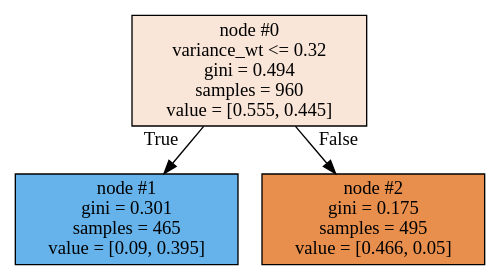
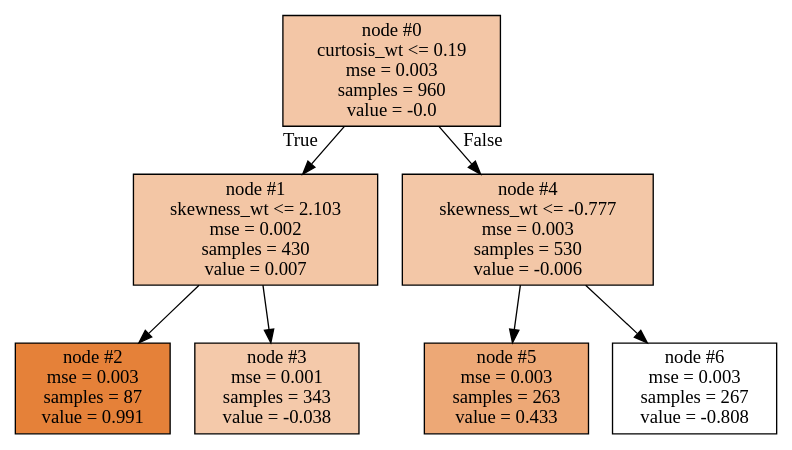
Before and after one commit to xs-abzal/Blogs_stat_examples: the diagram in mytree.dot, drawn with Graphviz. The commit also changed 2 other files, not shown here.

```diff
--- a/mytree.dot
+++ b/mytree.dot
@@ -1,11 +1,20 @@
 digraph Tree {
 node [shape=box, style="filled", color="black"] ;
 graph [ranksep=equally, splines=polyline] ;
-0 [label="node #0\nvariance_wt <= 0.32\ngini = 0.494\nsamples = 960\nvalue = [0.555, 0.445]", fillcolor="#fae6d8"] ;
-1 [label="node #1\ngini = 0.301\nsamples = 465\nvalue = [0.09, 0.395]", fillcolor="#66b3eb"] ;
+0 [label="node #0\ncurtosis_wt <= 0.19\nmse = 0.003\nsamples = 960\nvalue = -0.0", fillcolor="#f3c6a6"] ;
+1 [label="node #1\nskewness_wt <= 2.103\nmse = 0.002\nsamples = 430\nvalue = 0.007", fillcolor="#f3c6a5"] ;
 0 -> 1 [labeldistance=2.5, labelangle=45, headlabel="True"] ;
-2 [label="node #2\ngini = 0.175\nsamples = 495\nvalue = [0.466, 0.05]", fillcolor="#e88f4e"] ;
-0 -> 2 [labeldistance=2.5, labelangle=-45, headlabel="False"] ;
+2 [label="node #2\nmse = 0.003\nsamples = 87\nvalue = 0.991", fillcolor="#e58139"] ;
+1 -> 2 ;
+3 [label="node #3\nmse = 0.001\nsamples = 343\nvalue = -0.038", fillcolor="#f4c9aa"] ;
+1 -> 3 ;
+4 [label="node #4\nskewness_wt <= -0.777\nmse = 0.003\nsamples = 530\nvalue = -0.006", fillcolor="#f3c7a7"] ;
+0 -> 4 [labeldistance=2.5, labelangle=-45, headlabel="False"] ;
+5 [label="node #5\nmse = 0.003\nsamples = 263\nvalue = 0.433", fillcolor="#eda876"] ;
+4 -> 5 ;
+6 [label="node #6\nmse = 0.003\nsamples = 267\nvalue = -0.808", fillcolor="#ffffff"] ;
+4 -> 6 ;
 {rank=same ; 0} ;
-{rank=same ; 1; 2} ;
+{rank=same ; 1; 4} ;
+{rank=same ; 2; 3; 5; 6} ;
 }
```
